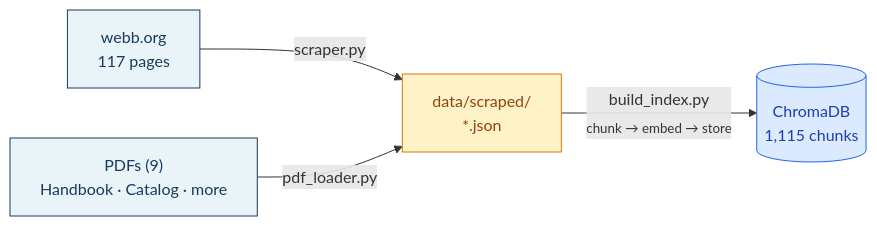
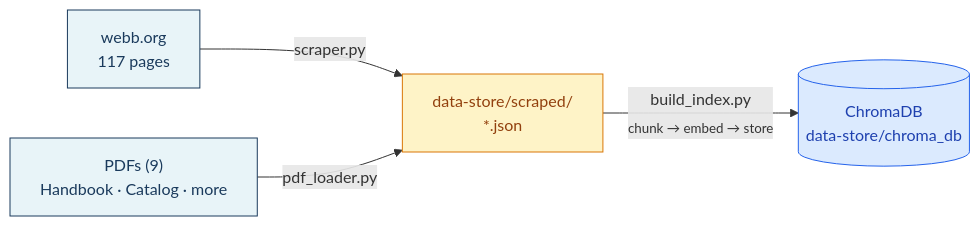
Before and after one commit to PatrickJYKang/webbgpt-1: the second of 2 diagrams in README.md, drawn with Mermaid. The commit also changed other lines of this file and 1 other file, not shown here.

First line of the commit message:
Update docs to reflect data-store submodule

````diff
--- a/README.md
+++ b/README.md
@@ -97,11 +97,11 @@
 ```mermaid
 flowchart LR
-    W["webb.org<br/>117 pages"] -->|scraper.py| J["data/scraped/<br/>*.json"]
+    W["webb.org<br/>117 pages"] -->|scraper.py| J["data-store/scraped/<br/>*.json"]
     P["PDFs (9)<br/>Handbook · Catalog · more"] -->|pdf_loader.py| J
-    J -->|"build_index.py<br/><sub>chunk → embed → store</sub>"| C[("ChromaDB<br/>1,115 chunks")]
+    J -->|"build_index.py<br/><sub>chunk → embed → store</sub>"| C[("ChromaDB<br/>data-store/chroma_db")]
 
     style W fill:#e8f4f8,stroke:#1a3a5c,color:#1a3a5c
     style P fill:#e8f4f8,stroke:#1a3a5c,color:#1a3a5c
     style J fill:#fef3c7,stroke:#d97706,color:#92400e
     style C fill:#dbeafe,stroke:#2563eb,color:#1e40af
 ```
````
